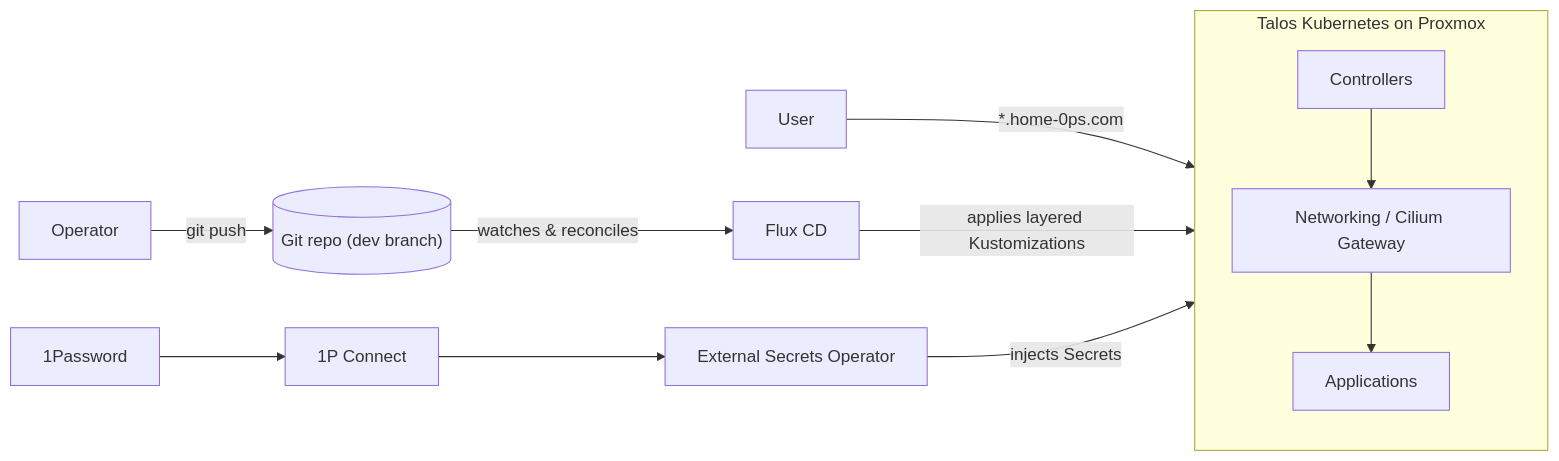
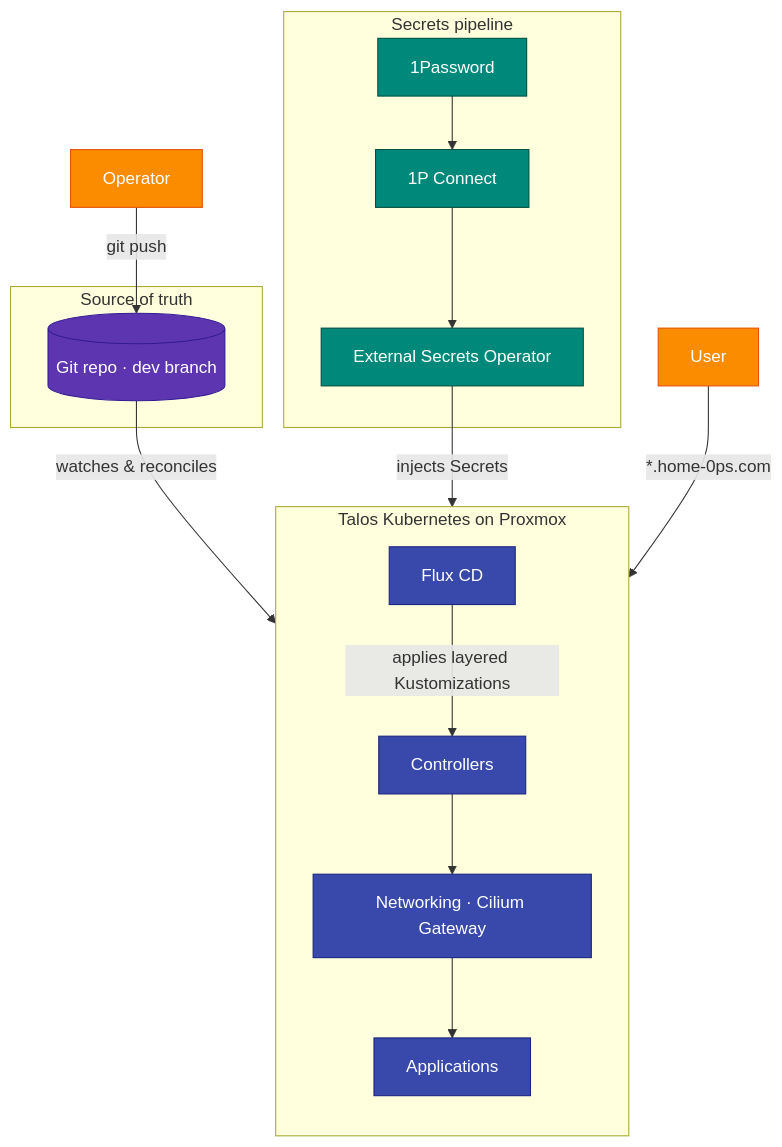
Before and after one commit to alexrf45/th0th: the diagram in _docs/README.md, drawn with Mermaid. The commit also changed 1 other file, not shown here.

Commit message:
docs(site): revamp Home system-context diagram (D4-5)
Replace the small single-row LR diagram with a top-down grouped layout
(Source / Secrets / Cluster subgraphs) and palette-aligned classDef
colors per layer — addresses "too small and visually dull". Mark D4-5
done in the revamp tracker.

````diff
--- a/_docs/README.md
+++ b/_docs/README.md
@@ -12,18 +12,42 @@
 ```mermaid
-flowchart LR
-    dev["Operator"] -->|git push| repo[("Git repo (dev branch)")]
-    repo -->|watches & reconciles| flux["Flux CD"]
-    flux -->|applies layered Kustomizations| cluster
+flowchart TB
+    operator["Operator"]
+    user["User"]
 
-    op["1Password"] --> connect["1P Connect"]
-    connect --> eso["External Secrets Operator"]
-    eso -->|injects Secrets| cluster
+    subgraph src["Source of truth"]
+        repo[("Git repo · dev branch")]
+    end
+
+    subgraph secrets["Secrets pipeline"]
+        op["1Password"]
+        connect["1P Connect"]
+        eso["External Secrets Operator"]
+    end
 
     subgraph cluster["Talos Kubernetes on Proxmox"]
         direction TB
-        controllers["Controllers"] --> networking["Networking / Cilium Gateway"]
-        networking --> applications["Applications"]
+        flux["Flux CD"]
+        controllers["Controllers"]
+        networking["Networking · Cilium Gateway"]
+        applications["Applications"]
+        flux -->|"applies layered Kustomizations"| controllers
+        controllers --> networking
+        networking --> applications
     end
 
-    user["User"] -->|"*.home-0ps.com"| networking
+    operator -->|"git push"| repo
+    repo -->|"watches & reconciles"| flux
+    op --> connect
+    connect --> eso
+    eso -->|"injects Secrets"| applications
+    user -->|"*.home-0ps.com"| networking
+
+    classDef actor fill:#fb8c00,stroke:#e65100,color:#fff
+    classDef source fill:#5e35b1,stroke:#311b92,color:#fff
+    classDef sec fill:#00897b,stroke:#004d40,color:#fff
+    classDef k8s fill:#3949ab,stroke:#1a237e,color:#fff
+    class operator,user actor
+    class repo source
+    class op,connect,eso sec
+    class flux,controllers,networking,applications k8s
 ```
````
